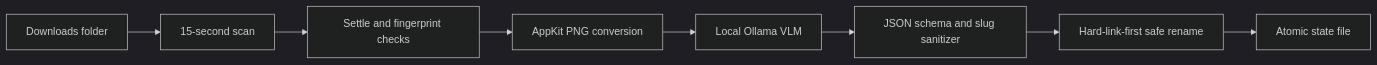
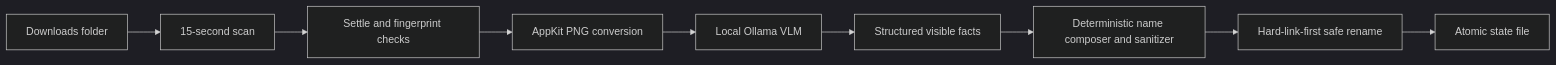
Before and after one commit to DavidVaness/image-autonamer: the diagram in README.md, drawn with Mermaid (dark theme). The commit also changed other lines of this file and 14 other files, not shown here.

````diff
--- a/README.md
+++ b/README.md
@@ -119,10 +136,11 @@
 ```mermaid
 flowchart LR
     A["Downloads folder"] --> B["15-second scan"]
     B --> C["Settle and fingerprint checks"]
     C --> D["AppKit PNG conversion"]
     D --> E["Local Ollama VLM"]
-    E --> F["JSON schema and slug sanitizer"]
-    F --> G["Hard-link-first safe rename"]
-    G --> H["Atomic state file"]
+    E --> F["Structured visible facts"]
+    F --> G["Deterministic name composer and sanitizer"]
+    G --> H["Hard-link-first safe rename"]
+    H --> I["Atomic state file"]
 ```
````
